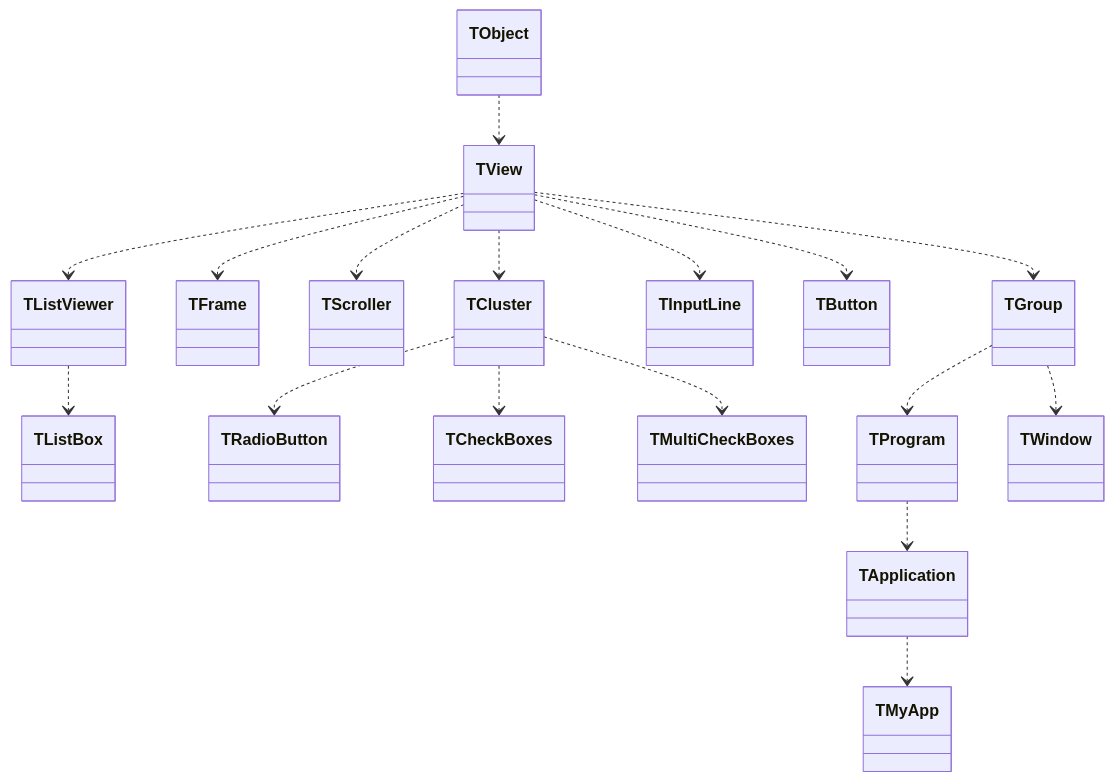
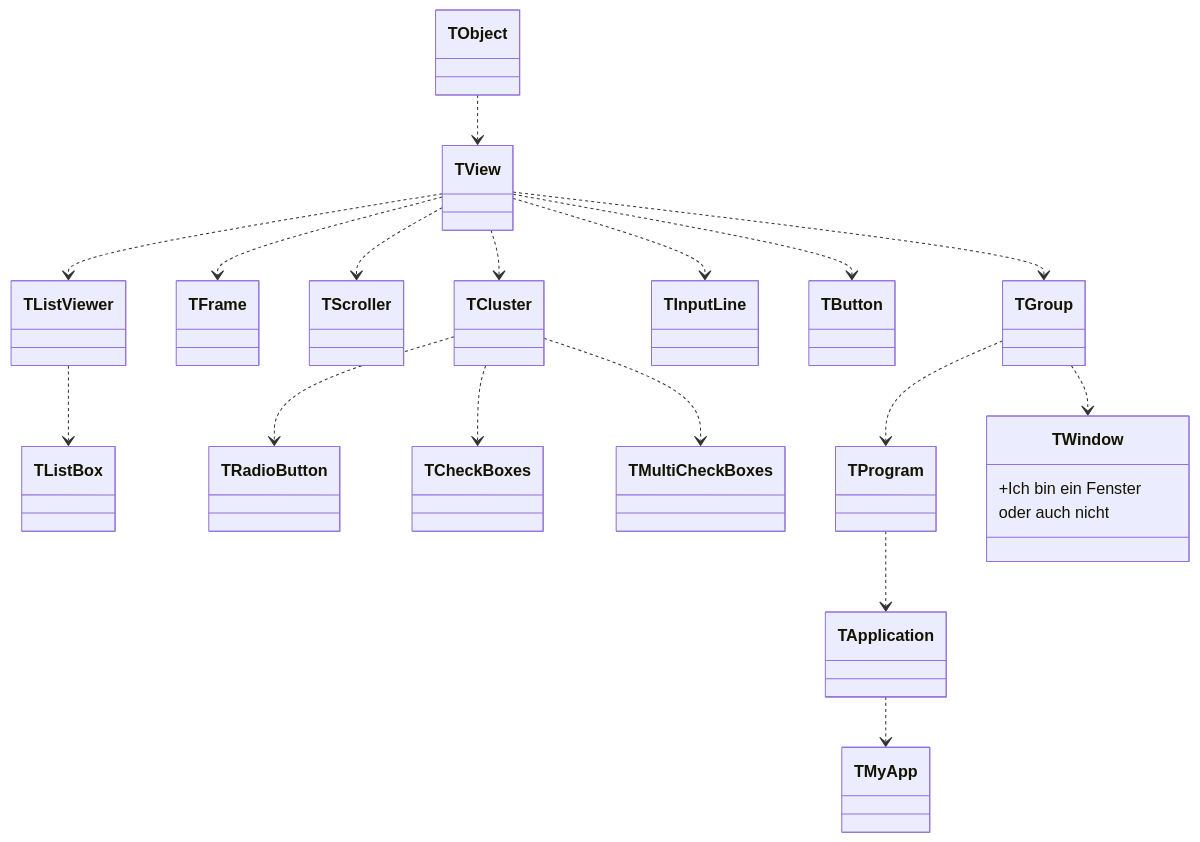
Before and after one commit to sechshelme/Lazarus-FreeVision-Tutorial: the diagram in 99_Test/GIT_Chart_Test/readme.md, drawn with Mermaid.

````diff
--- a/99_Test/GIT_Chart_Test/readme.md
+++ b/99_Test/GIT_Chart_Test/readme.md
@@ -3,21 +3,25 @@
 ```mermaid
 classDiagram
 
 
 TObject ..> TView
 TView ..> TGroup
 TView ..> TFrame
 TView ..> TScroller
 TView ..> TListViewer
 TListViewer ..> TListBox
 TView ..> TInputLine
 TView ..> TButton
 TView ..> TCluster
 TCluster ..> TRadioButton
 TCluster ..> TCheckBoxes
 TCluster ..> TMultiCheckBoxes
 TGroup ..> TProgram
 TGroup ..> TWindow
 TProgram ..> TApplication 
 TApplication ..> TMyApp
+class TWindow {
+  +Ich bin ein Fenster
+  oder auch nicht
+}
 ```
````
